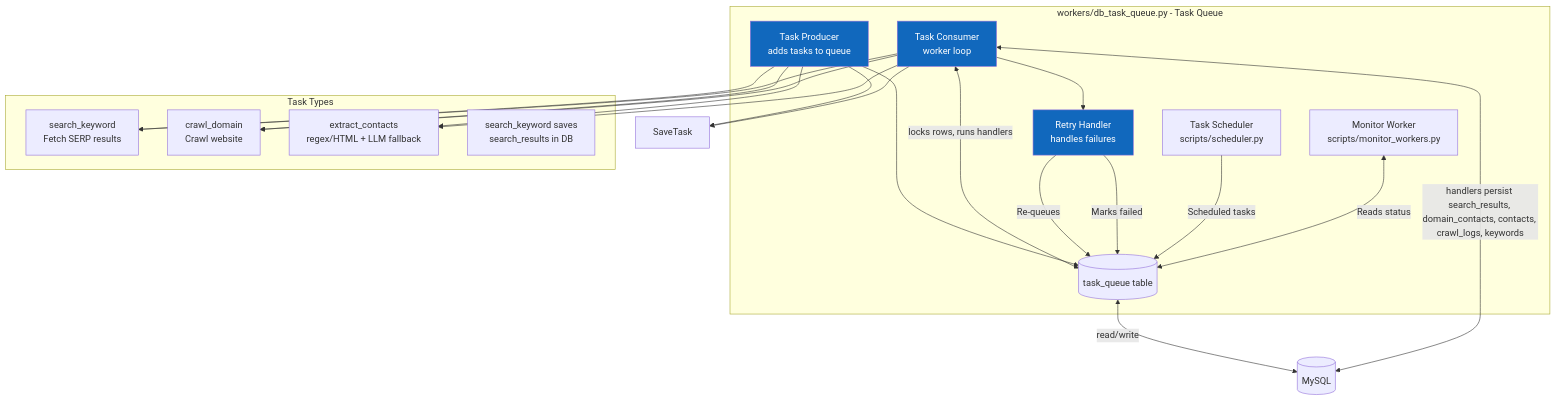
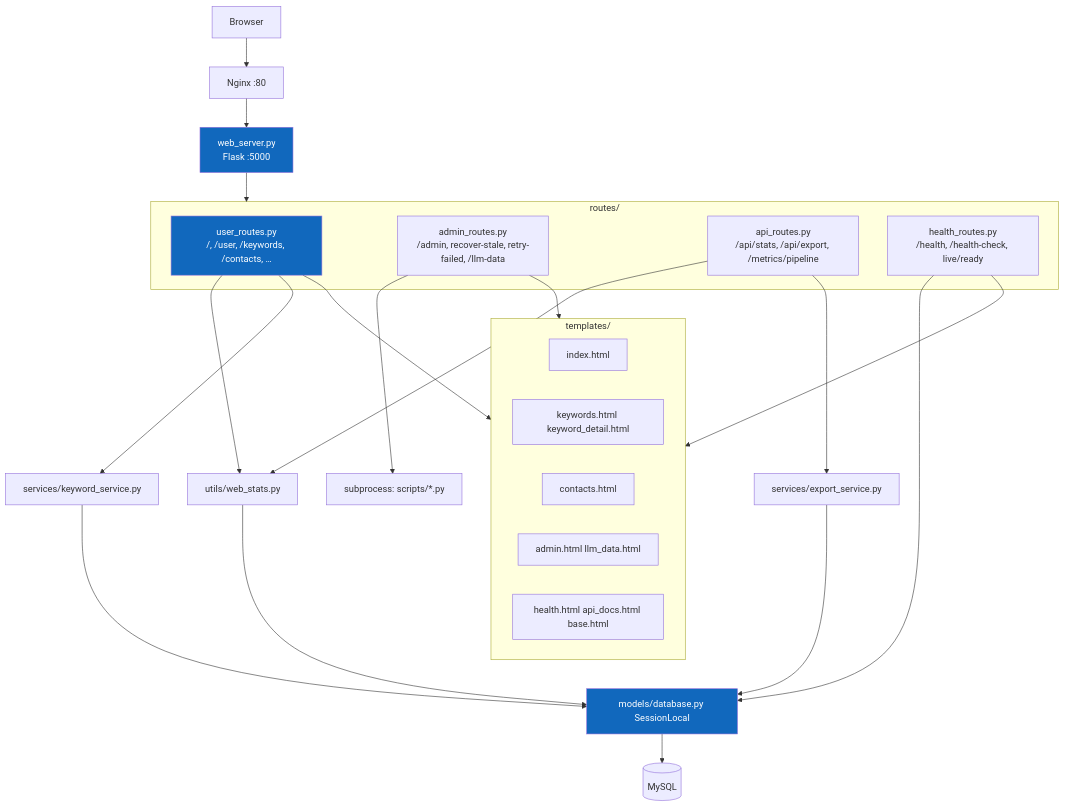
One commit to hauptmann1971/b2b-contact-miner changed the fifth of 8 diagrams in doc/C4_ARCHITECTURE.md. Above: the diagram before and after it, drawn with Mermaid. The commit also changed other lines of this file, not shown here.

First line of the commit message:
Rewrite C4 diagrams to match DB task queue architecture.

````diff
--- a/doc/C4_ARCHITECTURE.md
+++ b/doc/C4_ARCHITECTURE.md
@@ -205,41 +222,43 @@
 ```mermaid
 graph TB
-    subgraph "workers/db_task_queue.py - Task Queue"
-        TaskProducer[Task Producer<br/>adds tasks to queue] --> TaskTable[(task_queue table)]
-        
-        TaskConsumer[Task Consumer<br/>worker loop] <-->|locks rows, runs handlers| TaskTable
-        TaskConsumer --> RetryHandler[Retry Handler<br/>handles failures]
-        
-        RetryHandler -->|Re-queues| TaskTable
-        RetryHandler -->|Marks failed| TaskTable
-        
-        TaskScheduler[Task Scheduler<br/>scripts/scheduler.py] -->|Scheduled tasks| TaskTable
-        
-        MonitorWorker[Monitor Worker<br/>scripts/monitor_workers.py] <-->|Reads status| TaskTable
+    Browser[Browser] --> Nginx[Nginx :80]
+    Nginx --> FlaskApp[web_server.py<br/>Flask :5000]
+
+    subgraph Routes["routes/"]
+        UserR[user_routes.py<br/>/, /user, /keywords, /contacts, …]
+        AdminR[admin_routes.py<br/>/admin, recover-stale, retry-failed, /llm-data]
+        ApiR[api_routes.py<br/>/api/stats, /api/export, /metrics/pipeline]
+        HealthR[health_routes.py<br/>/health, /health-check, live/ready]
     end
-    
-    MySQL_TQ[(MySQL)]
-    TaskTable <-->|read/write| MySQL_TQ
-    TaskConsumer <-->|handlers persist search_results, domain_contacts, contacts, crawl_logs, keywords| MySQL_TQ
-    
-    subgraph "Task Types"
-        SearchTask[search_keyword<br/>Fetch SERP results]
-        CrawlTask[crawl_domain<br/>Crawl website]
-        ExtractTask[extract_contacts<br/>regex/HTML + LLM fallback]
-        SaveSERP[search_keyword saves<br/>search_results in DB]
+
+    FlaskApp --> Routes
+
+    UserR --> WebStats[utils/web_stats.py]
+    UserR --> KWsvc[services/keyword_service.py]
+    ApiR --> WebStats
+    ApiR --> ExportSvc[services/export_service.py]
+    AdminR --> Scripts[subprocess: scripts/*.py]
+
+    WebStats --> ORM[models/database.py SessionLocal]
+    KWsvc --> ORM
+    ExportSvc --> ORM
+    HealthR --> ORM
+
+    ORM --> MySQL[(MySQL)]
+
+    subgraph Templates["templates/"]
+        T1[index.html]
+        T2[keywords.html keyword_detail.html]
+        T3[contacts.html]
+        T4[admin.html llm_data.html]
+        T5[health.html api_docs.html base.html]
     end
-    
-    TaskProducer --> SearchTask
-    TaskProducer --> CrawlTask
-    TaskProducer --> ExtractTask
-    TaskProducer --> SaveTask
-    
-    TaskConsumer --> SearchTask
-    TaskConsumer --> CrawlTask
-    TaskConsumer --> ExtractTask
-    TaskConsumer --> SaveTask
-    
-    style TaskConsumer fill:#1168bd,color:#fff
-    style TaskProducer fill:#1168bd,color:#fff
-    style RetryHandler fill:#1168bd,color:#fff
+
+    UserR --> Templates
+    AdminR --> Templates
+    HealthR --> Templates
+
+    style FlaskApp fill:#1168bd,color:#fff
+    style UserR fill:#1168bd,color:#fff
+    style ORM fill:#1168bd,color:#fff
 ```
````
